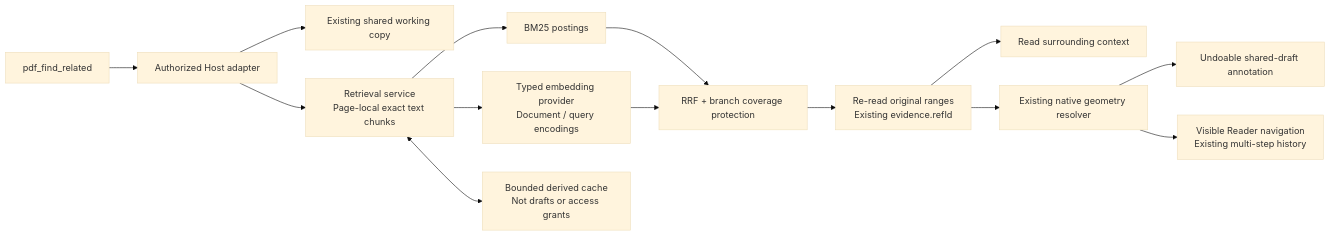
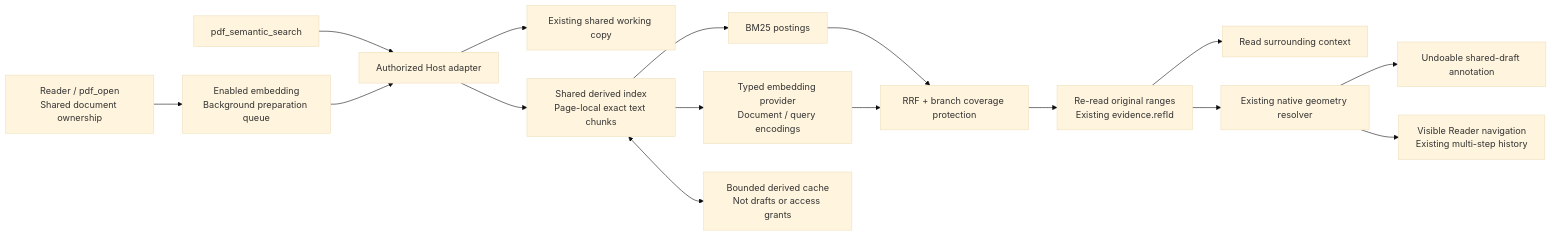
Before and after one commit to dingyiliao/dsh-bundle-pdf: the diagram in docs/RETRIEVAL_EXPERIMENT.md, drawn with Mermaid (base theme). The commit also changed other lines of this file and 346 other files, not shown here.

````diff
--- a/docs/RETRIEVAL_EXPERIMENT.md
+++ b/docs/RETRIEVAL_EXPERIMENT.md
@@ -103,16 +141,18 @@
 ```mermaid
 flowchart LR
-  Tool["pdf_find_related"] --> Host["Authorized Host adapter"]
+  Tool["pdf_semantic_search"] --> Host["Authorized Host adapter"]
+  Open["Reader / pdf_open<br/>Shared document ownership"] --> Background["Enabled embedding<br/>Background preparation queue"]
+  Background --> Host
   Host --> Copy["Existing shared working copy"]
-  Host --> Index["Retrieval service<br/>Page-local exact text chunks"]
+  Host --> Index["Shared derived index<br/>Page-local exact text chunks"]
   Index --> Lexical["BM25 postings"]
   Index --> Vectors["Typed embedding provider<br/>Document / query encodings"]
   Lexical --> Fuse["RRF + branch coverage protection"]
   Vectors --> Fuse
   Index <--> Cache["Bounded derived cache<br/>Not drafts or access grants"]
   Fuse --> Evidence["Re-read original ranges<br/>Existing evidence.refId"]
   Evidence --> Context["Read surrounding context"]
   Evidence --> Resolve["Existing native geometry resolver"]
   Resolve --> Draft["Undoable shared-draft annotation"]
   Resolve --> Navigate["Visible Reader navigation<br/>Existing multi-step history"]
 ```
````
